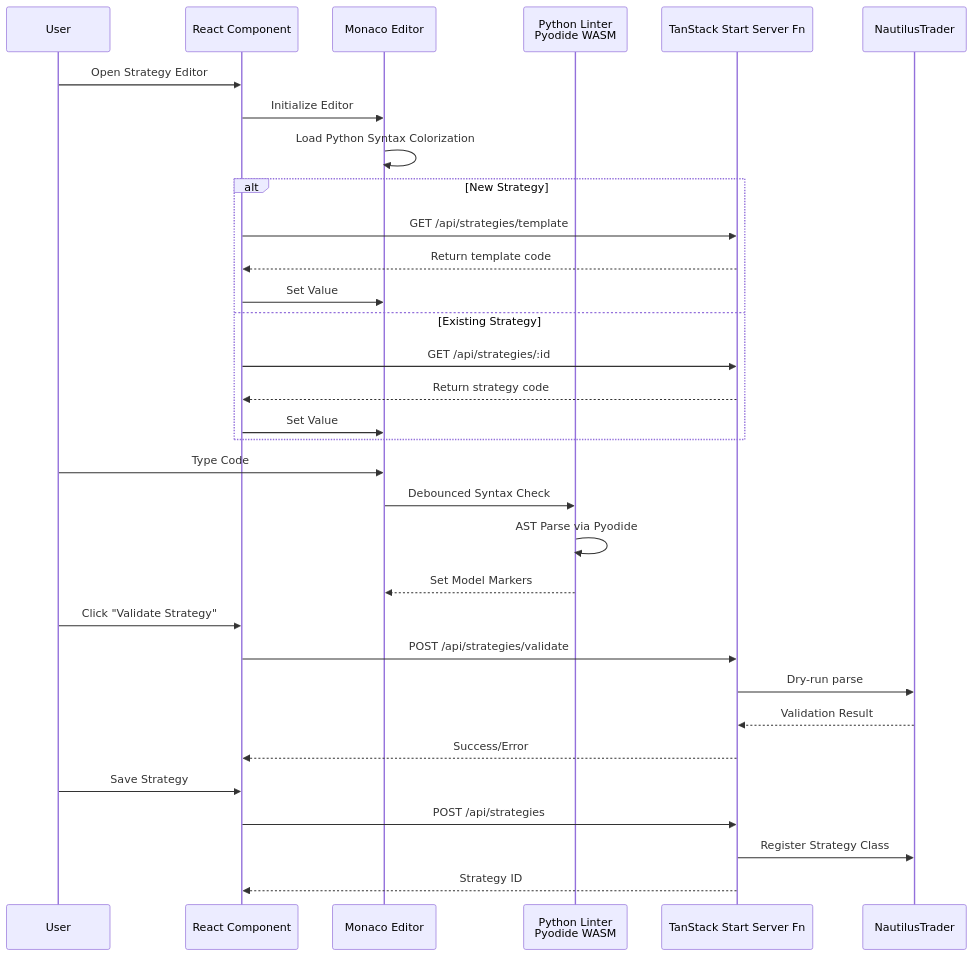
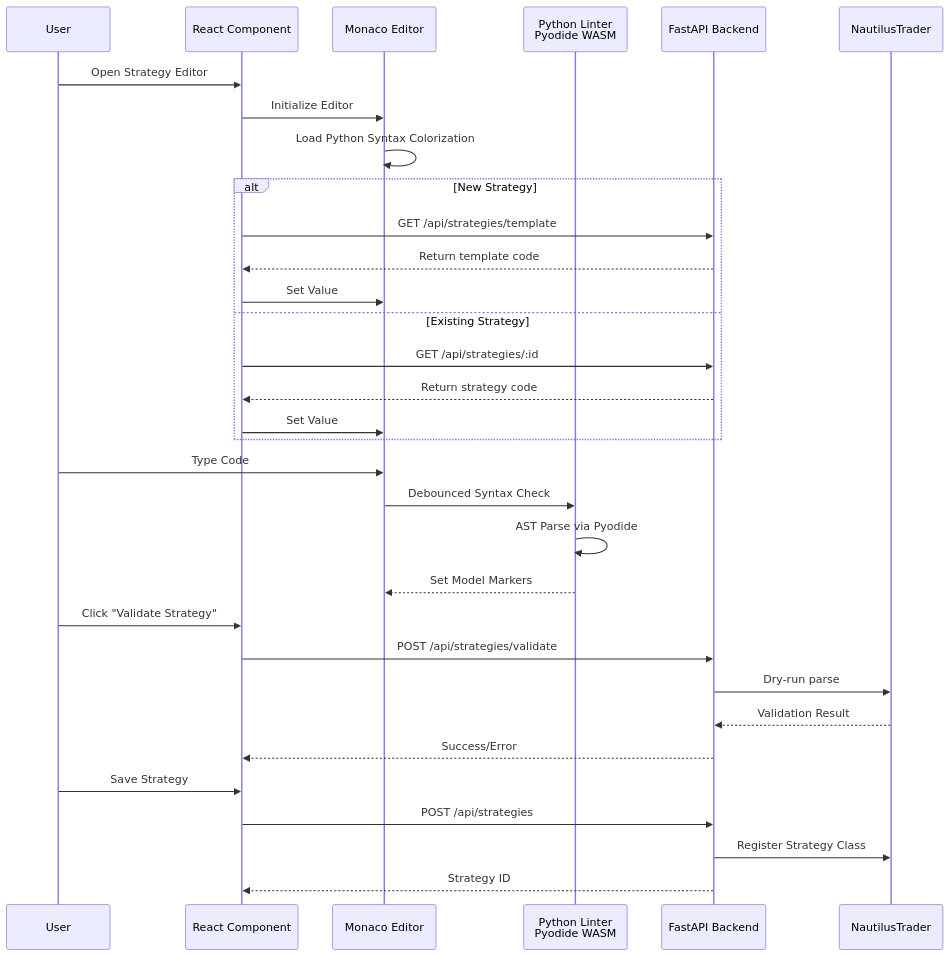
Before and after one commit to huydhoang/quantlens-docs: the third of 9 diagrams in system_design.md, drawn with Mermaid. The commit also changed other lines of this file and 3 other files, not shown here.

Commit message:
Create local_frontend.md and update docs to align with Tauri + Vite + React + TanStack stack

````diff
--- a/system_design.md
+++ b/system_design.md
@@ -95,39 +93,39 @@
 ```mermaid
 sequenceDiagram
     participant User
     participant React as React Component
     participant Monaco as Monaco Editor
     participant PyLinter as Python Linter<br/>Pyodide WASM
-    participant TSStart as TanStack Start Server Fn
+    participant TSStart as FastAPI Backend
     participant Nautilus as NautilusTrader
     
     User->>React: Open Strategy Editor
     React->>Monaco: Initialize Editor
     Monaco->>Monaco: Load Python Syntax Colorization
     
     alt New Strategy
         React->>TSStart: GET /api/strategies/template
         TSStart-->>React: Return template code
         React->>Monaco: Set Value
     else Existing Strategy
         React->>TSStart: GET /api/strategies/:id
         TSStart-->>React: Return strategy code
         React->>Monaco: Set Value
     end
     
     User->>Monaco: Type Code
     Monaco->>PyLinter: Debounced Syntax Check
     PyLinter->>PyLinter: AST Parse via Pyodide
     PyLinter-->>Monaco: Set Model Markers
     
     User->>React: Click "Validate Strategy"
     React->>TSStart: POST /api/strategies/validate
     TSStart->>Nautilus: Dry-run parse
     Nautilus-->>TSStart: Validation Result
     TSStart-->>React: Success/Error
     
     User->>React: Save Strategy
     React->>TSStart: POST /api/strategies
     TSStart->>Nautilus: Register Strategy Class
     TSStart-->>React: Strategy ID
 ```
````
